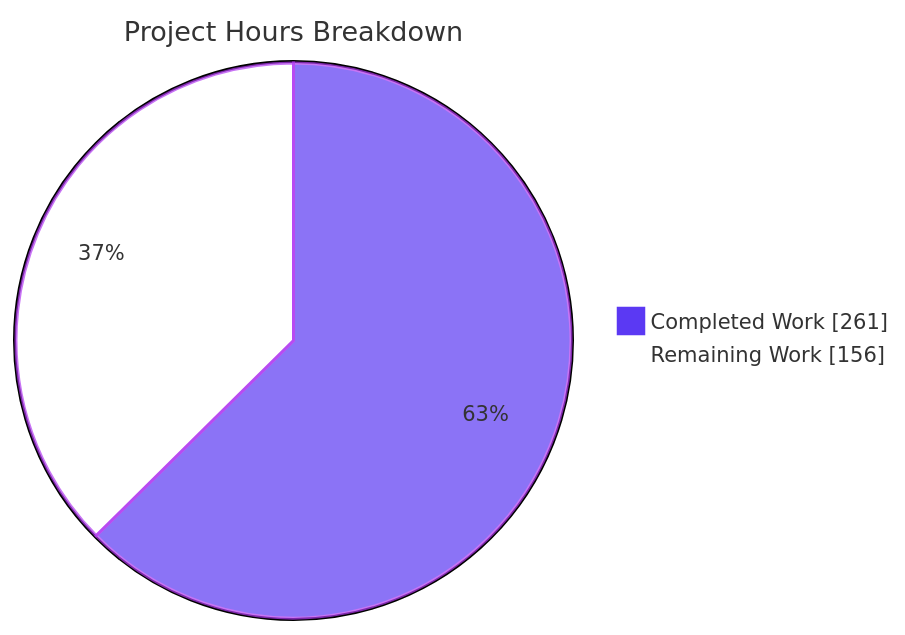
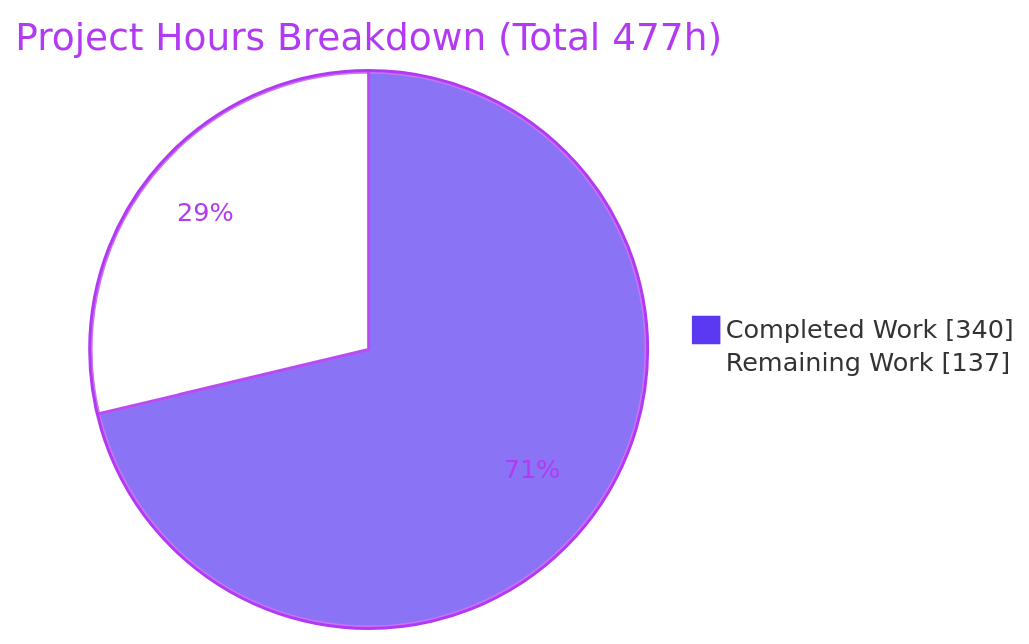
One commit to Blitzy-Sandbox/blitzy-wordpress changed the second of 4 diagrams in blitzy/documentation/Project Guide.md. Above: the diagram before and after it, drawn with Mermaid. The commit also changed other lines of this file, not shown here.

Commit message:
Adding Blitzy Project Guide: Project Status and Human Tasks Remaining

````diff
--- a/blitzy/documentation/Project Guide.md
+++ b/blitzy/documentation/Project Guide.md
@@ -213,6 +229,6 @@
 ```mermaid
-%%{init: {"theme":"base","themeVariables":{"pie1":"#5B39F3","pie2":"#FFFFFF","pieStrokeColor":"#B23AF2","pieStrokeWidth":"2px","pieOuterStrokeWidth":"2px","pieTitleTextSize":"18px","pieSectionTextSize":"14px","pieLegendTextSize":"14px"}}}%%
-pie showData title Project Hours Breakdown
-    "Completed Work" : 261
-    "Remaining Work" : 156
+%%{init: {'theme':'base', 'themeVariables': {'pie1':'#5B39F3','pie2':'#FFFFFF','pieStrokeColor':'#B23AF2','pieOuterStrokeColor':'#B23AF2','pieStrokeWidth':'2px','pieOuterStrokeWidth':'2px','pieSectionTextColor':'#B23AF2','pieTitleTextColor':'#B23AF2','pieLegendTextColor':'#333333'}}}%%
+pie showData title Project Hours Breakdown (Total 477h)
+    "Completed Work" : 340
+    "Remaining Work" : 137
 ```
````
